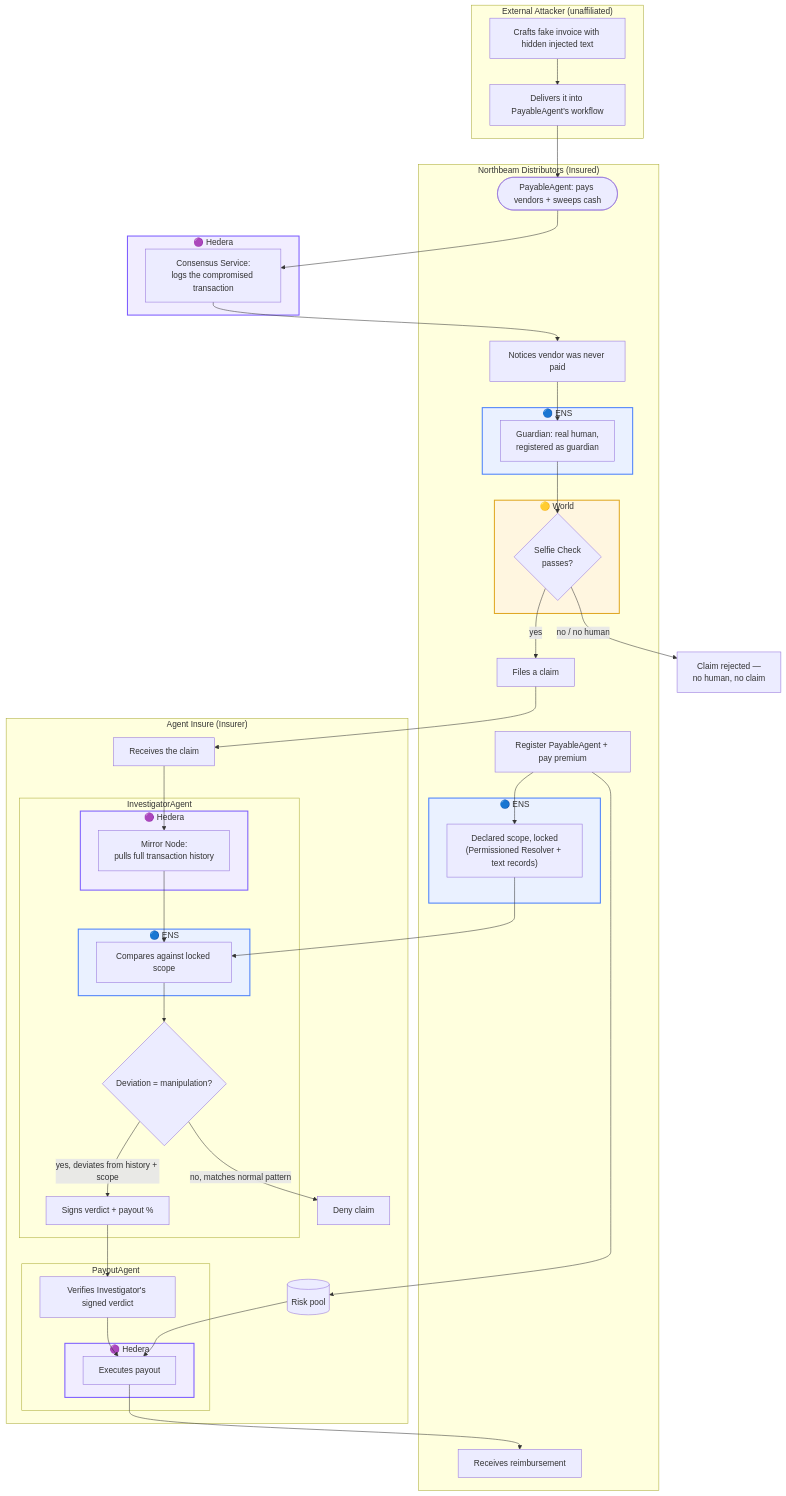
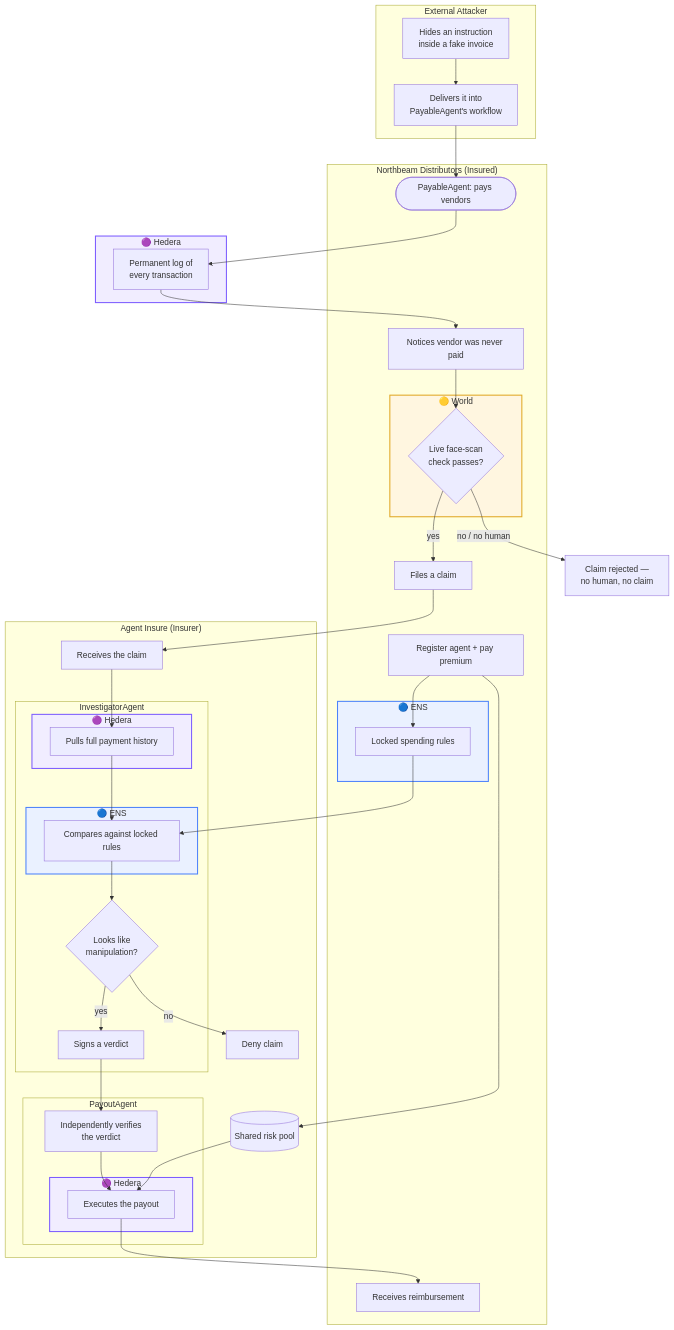
One commit to jianruan-io/agent-insure changed the second of 2 diagrams in README.md. Above: the diagram before and after it, drawn with Mermaid. The commit also changed other lines of this file and 31 other files, not shown here.

````diff
--- a/README.md
+++ b/README.md
@@ -230,80 +88,75 @@
 ```mermaid
 flowchart TD
     subgraph COMPANY["Northbeam Distributors (Insured)"]
-        REGISTER["Register PayableAgent + pay premium"]
+        REGISTER["Register agent + pay premium"]
 
         subgraph ENS_SCOPE["🔵 ENS"]
-            SCOPE["Declared scope, locked<br/>(Permissioned Resolver + text records)"]
+            SCOPE["Locked spending rules"]
         end
 
-        PAYABLE(["PayableAgent: pays vendors + sweeps cash"])
+        PAYABLE(["PayableAgent: pays vendors"])
         NOTICE["Notices vendor was never paid"]
 
-        subgraph ENS_GUARDIAN["🔵 ENS"]
-            GUARDIAN["Guardian: real human,<br/>registered as guardian"]
-        end
-
         subgraph WORLD_SELFIE["🟡 World"]
-            SELFIE{"Selfie Check<br/>passes?"}
+            SELFIE{"Live face-scan<br/>check passes?"}
         end
 
         CLAIM["Files a claim"]
         PAID["Receives reimbursement"]
     end
 
     BLOCKED["Claim rejected —<br/>no human, no claim"]
 
-    subgraph ATTACKER["External Attacker (unaffiliated)"]
-        CRAFT["Crafts fake invoice with hidden injected text"]
-        SEND["Delivers it into PayableAgent's workflow"]
+    subgraph ATTACKER["External Attacker"]
+        CRAFT["Hides an instruction<br/>inside a fake invoice"]
+        SEND["Delivers it into<br/>PayableAgent's workflow"]
     end
 
     subgraph HEDERA_LOG["🟣 Hedera"]
-        LOG["Consensus Service:<br/>logs the compromised transaction"]
+        LOG["Permanent log of<br/>every transaction"]
     end
 
     subgraph INSURER["Agent Insure (Insurer)"]
-        POOL[("Risk pool")]
+        POOL[("Shared risk pool")]
         INTAKE["Receives the claim"]
 
         subgraph INVESTIGATOR["InvestigatorAgent"]
             subgraph HEDERA_PULL["🟣 Hedera"]
-                PULL["Mirror Node:<br/>pulls full transaction history"]
+                PULL["Pulls full payment history"]
             end
             subgraph ENS_CHECK["🔵 ENS"]
-                CHECK["Compares against locked scope"]
+                CHECK["Compares against locked rules"]
             end
-            VERDICT{"Deviation = manipulation?"}
-            SIGN["Signs verdict + payout %"]
+            VERDICT{"Looks like<br/>manipulation?"}
+            SIGN["Signs a verdict"]
         end
 
         subgraph PAYOUTAGENT["PayoutAgent"]
-            VERIFY["Verifies Investigator's signed verdict"]
+            VERIFY["Independently verifies<br/>the verdict"]
             subgraph HEDERA_EXEC["🟣 Hedera"]
-                EXECUTE["Executes payout"]
+                EXECUTE["Executes the payout"]
             end
         end
 
         DENY["Deny claim"]
     end
 
     REGISTER --> SCOPE
     REGISTER --> POOL
     CRAFT --> SEND --> PAYABLE --> LOG
-    LOG --> NOTICE --> GUARDIAN --> SELFIE
+    LOG --> NOTICE --> SELFIE
     SELFIE -- "yes" --> CLAIM --> INTAKE
     SELFIE -- "no / no human" --> BLOCKED
     INTAKE --> PULL --> CHECK --> VERDICT
     SCOPE --> CHECK
-    VERDICT -- "yes, deviates from history + scope" --> SIGN --> VERIFY --> EXECUTE
-    VERDICT -- "no, matches normal pattern" --> DENY
+    VERDICT -- "yes" --> SIGN --> VERIFY --> EXECUTE
+    VERDICT -- "no" --> DENY
     POOL --> EXECUTE --> PAID
 
     style ENS_SCOPE fill:#eaf1ff,stroke:#4c82fb,stroke-width:2px
-    style ENS_GUARDIAN fill:#eaf1ff,stroke:#4c82fb,stroke-width:2px
     style ENS_CHECK fill:#eaf1ff,stroke:#4c82fb,stroke-width:2px
     style WORLD_SELFIE fill:#fff6e0,stroke:#e0a825,stroke-width:2px
     style HEDERA_LOG fill:#f1edff,stroke:#7c5cff,stroke-width:2px
     style HEDERA_PULL fill:#f1edff,stroke:#7c5cff,stroke-width:2px
     style HEDERA_EXEC fill:#f1edff,stroke:#7c5cff,stroke-width:2px
 ```
````
